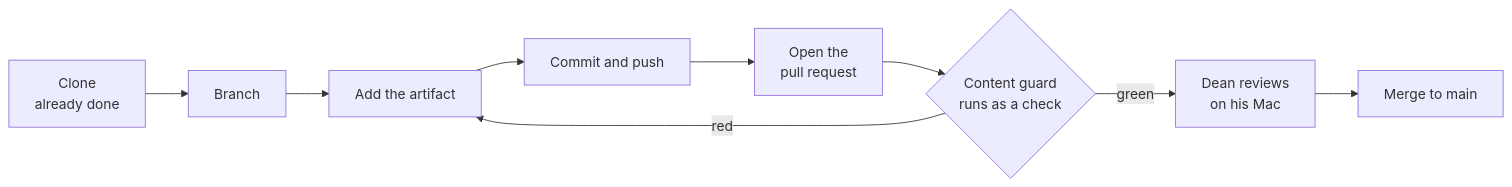
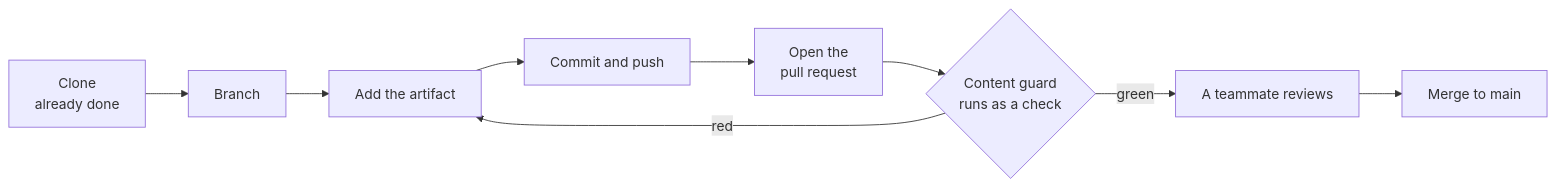
One commit to Productside/Productside-Github4PMs changed the diagram in docs/diagrams/23-the-contribution-loop.md. Above: the diagram before and after it, drawn with Mermaid. The commit also changed other lines of this file and 206 other files, not shown here.

````diff
--- a/docs/diagrams/23-the-contribution-loop.md
+++ b/docs/diagrams/23-the-contribution-loop.md
@@ -7,16 +7,16 @@
 ```mermaid
 flowchart LR
   C["Clone<br/>already done"]
   BR["Branch"]
   A["Add the artifact"]
   PU["Commit and push"]
   PR["Open the<br/>pull request"]
   G{"Content guard<br/>runs as a check"}
-  RV["Dean reviews<br/>on his Mac"]
+  RV["A teammate reviews"]
   M["Merge to main"]
 
   C --> BR --> A --> PU --> PR --> G
   G -->|"green"| RV
   G -->|"red"| A
   RV --> M
 ```
````
